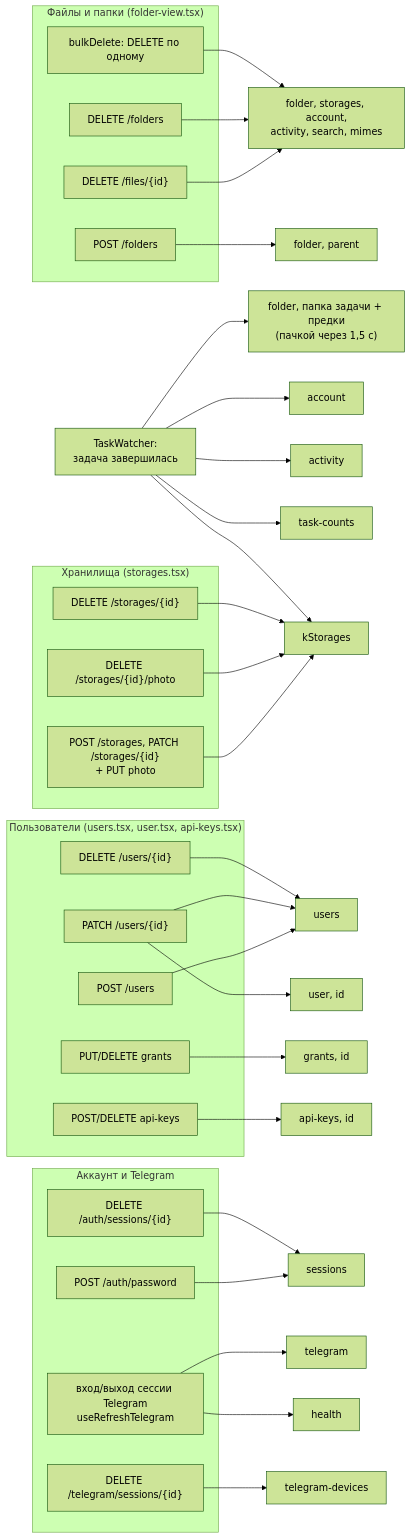
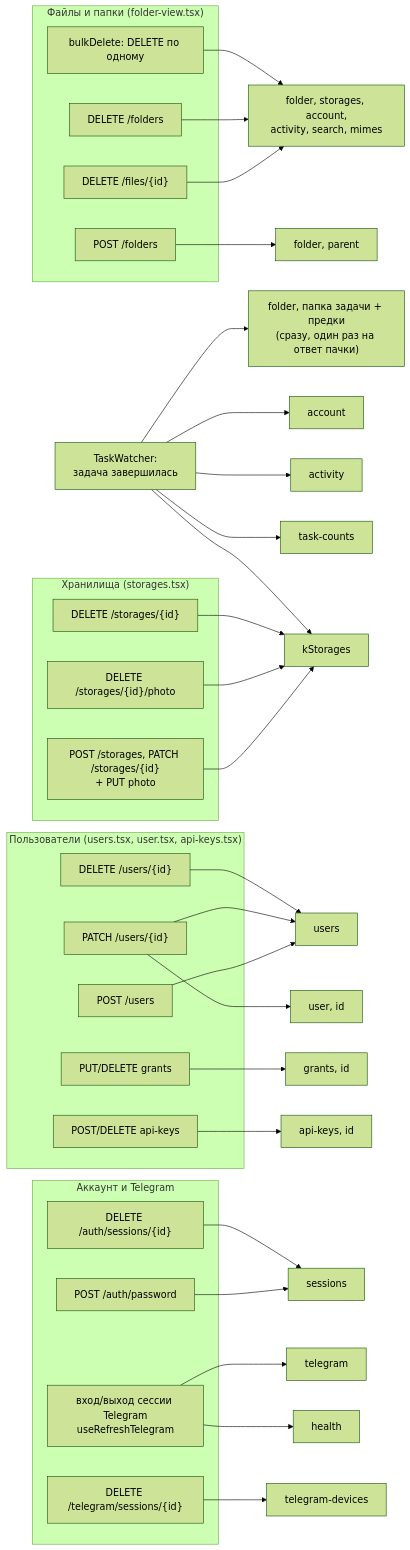
One commit to NikitkaZXC/tcloud-frontend changed the first of 5 diagrams in docs/data-flow.md. Above: the diagram before and after it, drawn with Mermaid (forest theme). The commit also changed other lines of this file and 9 other files, not shown here.

````diff
--- a/docs/data-flow.md
+++ b/docs/data-flow.md
@@ -38,50 +38,50 @@
 ```mermaid
 flowchart LR
     subgraph files["Файлы и папки (folder-view.tsx)"]
         delFile["DELETE /files/{id}"]
         delFolder["DELETE /folders"]
         bulk["bulkDelete: DELETE по одному"]
         mkdir["POST /folders"]
     end
     subgraph st["Хранилища (storages.tsx)"]
         stSave["POST /storages, PATCH /storages/{id}<br/>+ PUT photo"]
         stPhoto["DELETE /storages/{id}/photo"]
         stDel["DELETE /storages/{id}"]
     end
     subgraph adm["Пользователи (users.tsx, user.tsx, api-keys.tsx)"]
         uCreate["POST /users"]
         uPatch["PATCH /users/{id}"]
         uDel["DELETE /users/{id}"]
         grant["PUT/DELETE grants"]
         key["POST/DELETE api-keys"]
     end
     subgraph acc["Аккаунт и Telegram"]
         pwd["POST /auth/password"]
         sess["DELETE /auth/sessions/{id}"]
         tgStep["вход/выход сессии Telegram<br/>useRefreshTelegram"]
         dev["DELETE /telegram/sessions/{id}"]
     end
     watcher["TaskWatcher:<br/>задача завершилась"]
 
     delFile & delFolder & bulk --> kDeleted["folder, storages, account,<br/>activity, search, mimes"]
     mkdir --> kFolderP["folder, parent"]
     stSave --> kStorages
     stPhoto --> kStorages
     stDel --> kStorages
     uCreate --> kUsers["users"]
     uPatch --> kUsers
     uPatch --> kUser["user, id"]
     uDel --> kUsers
     grant --> kGrants["grants, id"]
     key --> kKeys["api-keys, id"]
     pwd --> kSessions["sessions"]
     sess --> kSessions
     tgStep --> kTelegram["telegram"]
     tgStep --> kHealth["health"]
     dev --> kDevices["telegram-devices"]
-    watcher --> kFolderT["folder, папка задачи + предки<br/>(пачкой через 1,5 с)"]
+    watcher --> kFolderT["folder, папка задачи + предки<br/>(сразу, один раз на ответ пачки)"]
     watcher --> kStorages
     watcher --> kAccount["account"]
     watcher --> kActivity["activity"]
     watcher --> kCounts["task-counts"]
 ```
````
